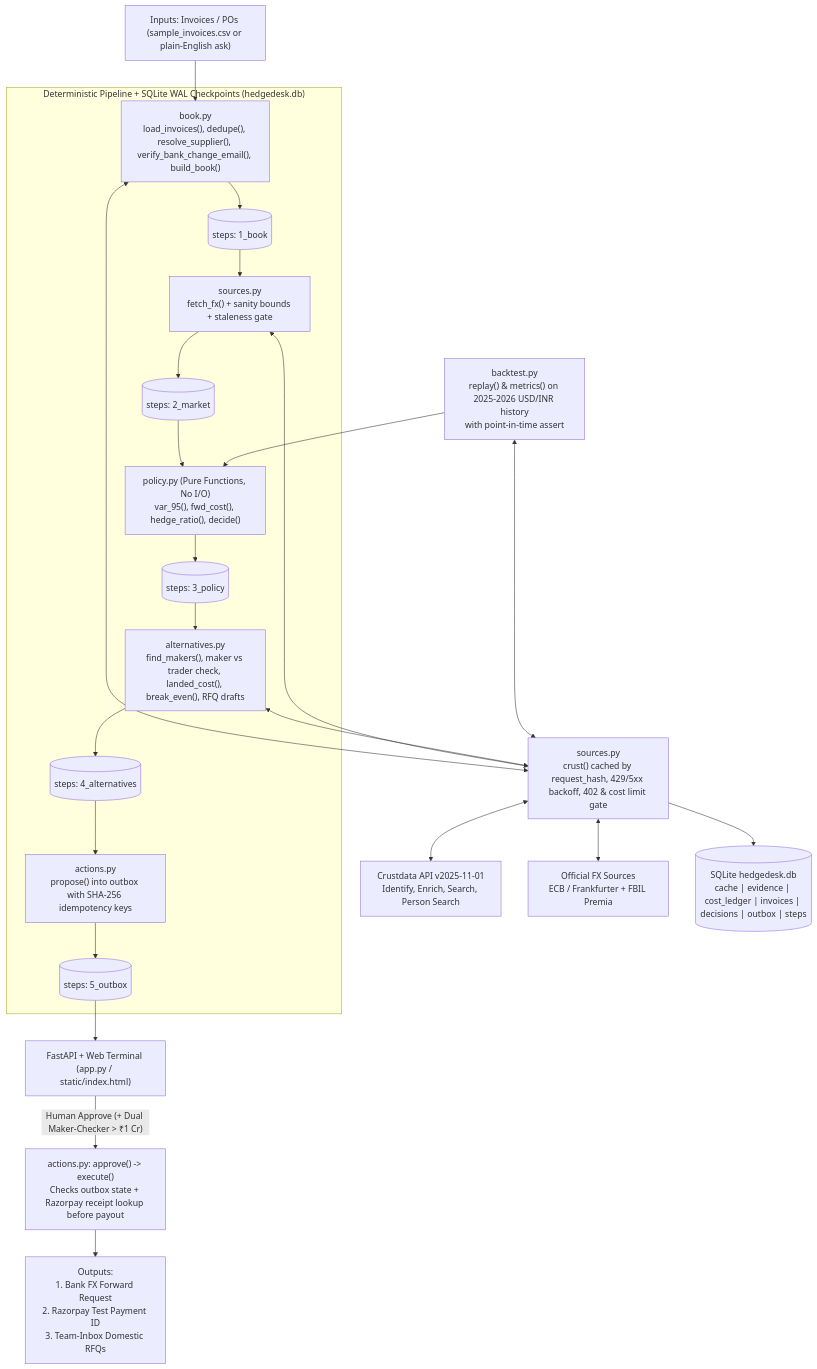
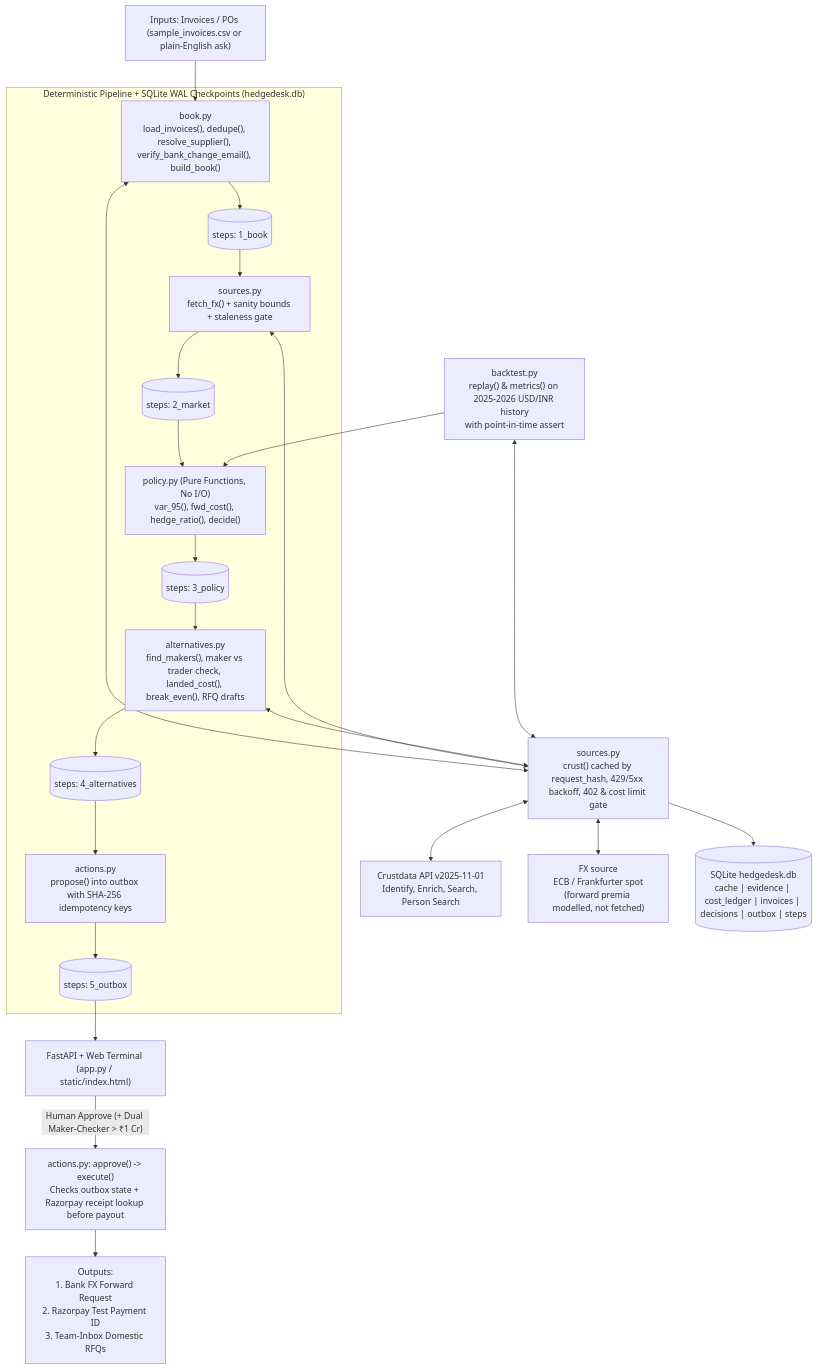
The diagram in ARCHITECTURE.md (funkomonko/HedgeDesk), drawn with Mermaid before and after one commit. The commit also changed 14 other files, not shown here.

````diff
--- a/ARCHITECTURE.md
+++ b/ARCHITECTURE.md
@@ -5,32 +5,32 @@
 ```mermaid
 flowchart TD
     IN["Inputs: Invoices / POs (sample_invoices.csv or plain-English ask)"] --> BOOK
 
     subgraph CORE["Deterministic Pipeline + SQLite WAL Checkpoints (hedgedesk.db)"]
         BOOK["book.py\nload_invoices(), dedupe(), resolve_supplier(), verify_bank_change_email(), build_book()"] --> CP1[("steps: 1_book")]
         CP1 --> MKT["sources.py\nfetch_fx() + sanity bounds + staleness gate"]
         MKT --> CP2[("steps: 2_market")]
         CP2 --> POL["policy.py (Pure Functions, No I/O)\nvar_95(), fwd_cost(), hedge_ratio(), decide()"]
         POL --> CP3[("steps: 3_policy")]
         CP3 --> ALT["alternatives.py\nfind_makers(), maker vs trader check, landed_cost(), break_even(), RFQ drafts"]
         ALT --> CP4[("steps: 4_alternatives")]
         CP4 --> ACT["actions.py\npropose() into outbox with SHA-256 idempotency keys"]
         ACT --> CP5[("steps: 5_outbox")]
     end
 
     SRC["sources.py\ncrust() cached by request_hash, 429/5xx backoff, 402 & cost limit gate"]
     BOOK <--> SRC
     MKT <--> SRC
     ALT <--> SRC
     BT["backtest.py\nreplay() & metrics() on 2025-2026 USD/INR history\nwith point-in-time assert"] <--> SRC
     BT --> POL
 
     SRC <--> CRUST["Crustdata API v2025-11-01\nIdentify, Enrich, Search, Person Search"]
-    SRC <--> FX["Official FX Sources\nECB / Frankfurter + FBIL Premia"]
+    SRC <--> FX["FX source\nECB / Frankfurter spot\n(forward premia modelled, not fetched)"]
 
     SRC --> LEDGERS[("SQLite hedgedesk.db\ncache | evidence | cost_ledger | invoices | decisions | outbox | steps")]
 
     CP5 --> UI["FastAPI + Web Terminal (app.py / static/index.html)"]
     UI -- "Human Approve (+ Dual Maker-Checker > ₹1 Cr)" --> EXEC["actions.py: approve() -> execute()\nChecks outbox state + Razorpay receipt lookup before payout"]
     EXEC --> OUT["Outputs:\n1. Bank FX Forward Request\n2. Razorpay Test Payment ID\n3. Team-Inbox Domestic RFQs"]
 ```
````
